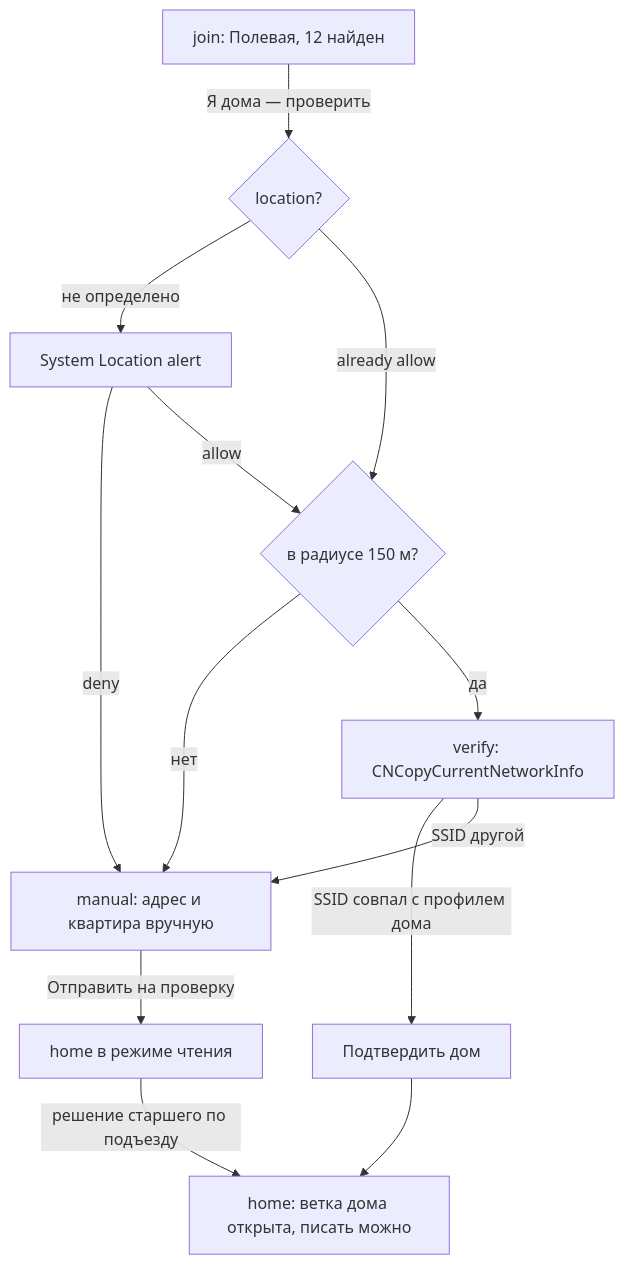
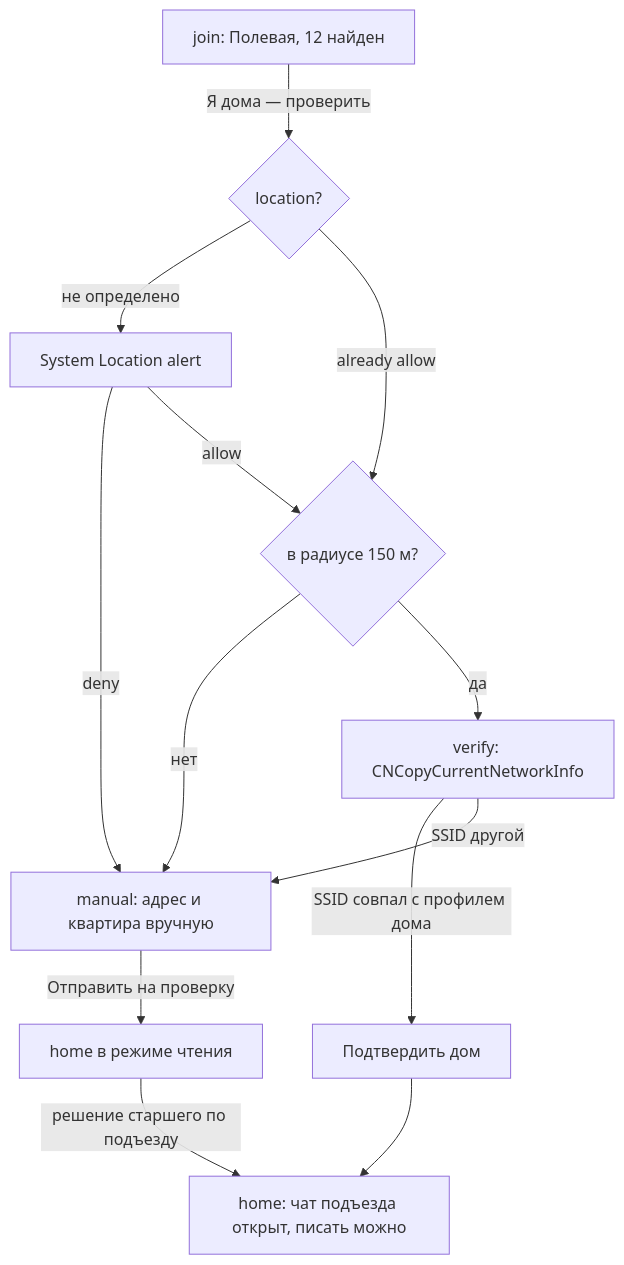
The first of 4 diagrams in platform/concepts/dvor/docs/02-architecture.md (vladshukurov/concepts_new), drawn with Mermaid before and after one commit. The commit also changed other lines of this file and 122 other files, not shown here.

````diff
--- a/platform/concepts/dvor/docs/02-architecture.md
+++ b/platform/concepts/dvor/docs/02-architecture.md
@@ -275,15 +308,15 @@
 ```mermaid
 flowchart TD
   A[join: Полевая, 12 найден] -->|Я дома — проверить| B{location?}
   B -->|не определено| C[System Location alert]
   C -->|deny| D[manual: адрес и квартира вручную]
   C -->|allow| E{в радиусе 150 м?}
   B -->|already allow| E
   E -->|нет| D
   E -->|да| F[verify: CNCopyCurrentNetworkInfo]
   F -->|SSID совпал с профилем дома| G[Подтвердить дом]
   F -->|SSID другой| D
-  G --> H[home: ветка дома открыта, писать можно]
+  G --> H[home: чат подъезда открыт, писать можно]
   D -->|Отправить на проверку| I[home в режиме чтения]
   I -->|решение старшего по подъезду| H
 ```
````
